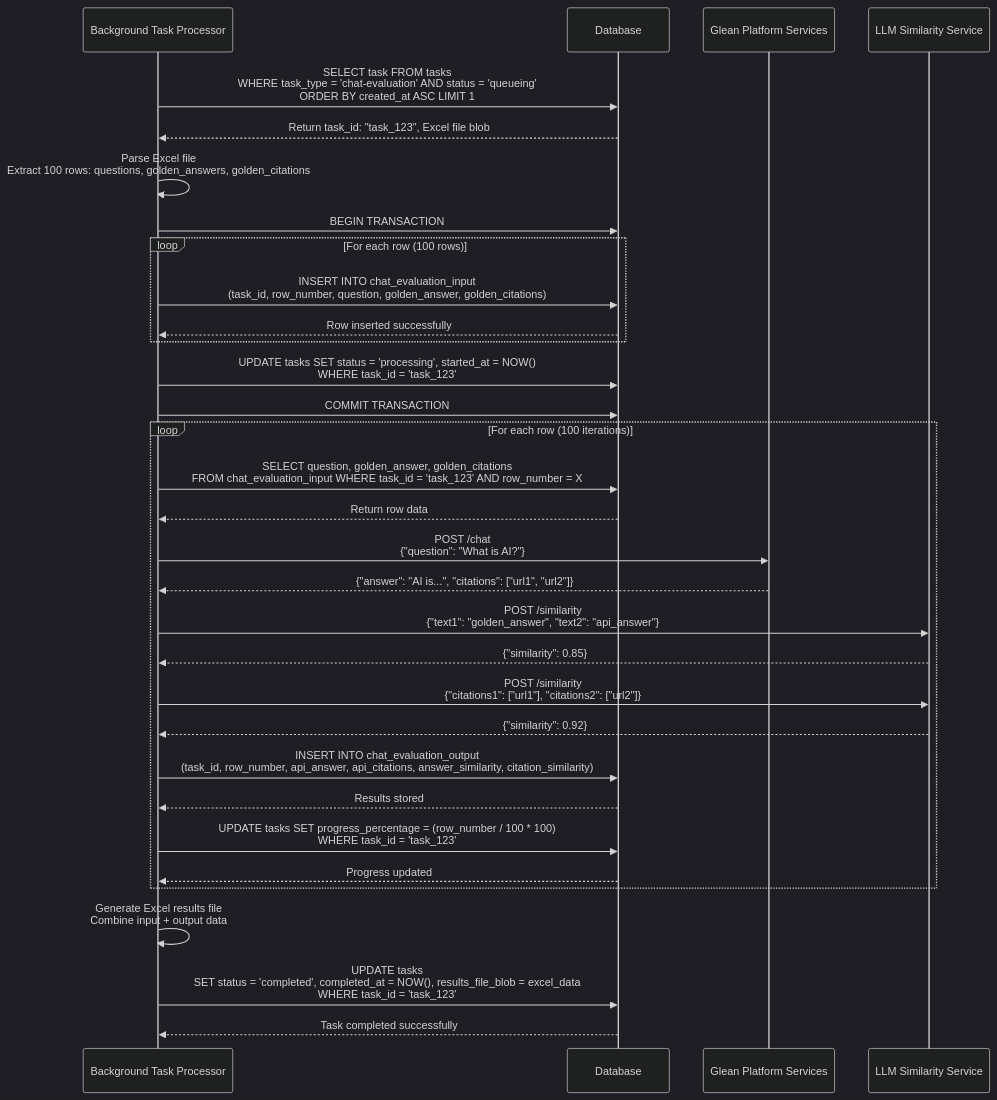
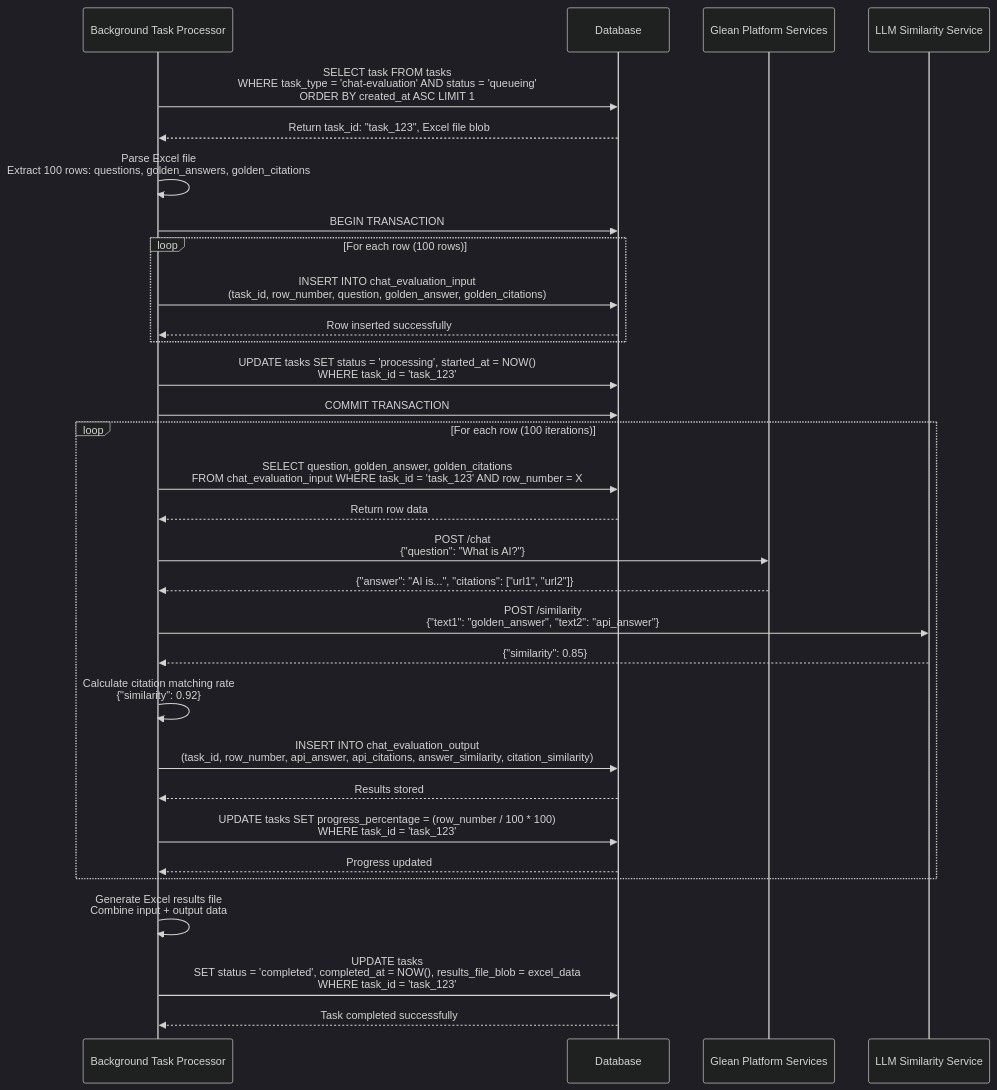
One commit to andrewhzy/cursor-learn changed the first of 2 diagrams in docs/sequence-diagram-chat-evaluation.md. Above: the diagram before and after it, drawn with Mermaid (dark theme).

Commit message:
Update sequence diagram for chat evaluation process
- Modified the sequence diagram in `docs/sequence-diagram-chat-evaluation.md` to reflect changes in the citation matching rate calculation.
- Replaced the direct API call for citation similarity with an internal calculation step for clarity in the flow.
- Ensured the diagram accurately represents the interactions between the background service and the database during the chat evaluation process.

````diff
--- a/docs/sequence-diagram-chat-evaluation.md
+++ b/docs/sequence-diagram-chat-evaluation.md
@@ -6,46 +6,46 @@
 ```mermaid
 sequenceDiagram
     participant BG as Background Task Processor
     participant DB as Database
     participant Glean as Glean Platform Services
     participant LLM as LLM Similarity Service
     
     BG->>DB: SELECT task FROM tasks<br/>WHERE task_type = 'chat-evaluation' AND status = 'queueing'<br/>ORDER BY created_at ASC LIMIT 1
     DB-->>BG: Return task_id: "task_123", Excel file blob
     
     BG->>BG: Parse Excel file<br/>Extract 100 rows: questions, golden_answers, golden_citations
     
     BG->>DB: BEGIN TRANSACTION
     
     loop For each row (100 rows)
         BG->>DB: INSERT INTO chat_evaluation_input<br/>(task_id, row_number, question, golden_answer, golden_citations)
         DB-->>BG: Row inserted successfully
     end
     
     BG->>DB: UPDATE tasks SET status = 'processing', started_at = NOW()<br/>WHERE task_id = 'task_123'
     BG->>DB: COMMIT TRANSACTION
     
     loop For each row (100 iterations)
         BG->>DB: SELECT question, golden_answer, golden_citations<br/>FROM chat_evaluation_input WHERE task_id = 'task_123' AND row_number = X
         DB-->>BG: Return row data
         
         BG->>Glean: POST /chat<br/>{"question": "What is AI?"}
         Glean-->>BG: {"answer": "AI is...", "citations": ["url1", "url2"]}
         
         BG->>LLM: POST /similarity<br/>{"text1": "golden_answer", "text2": "api_answer"}
         LLM-->>BG: {"similarity": 0.85}
         
-        BG->>LLM: POST /similarity<br/>{"citations1": ["url1"], "citations2": ["url2"]}
-        LLM-->>BG: {"similarity": 0.92}
+        BG->>BG: Calculate citation matching rate<br/>{"similarity": 0.92}
+
         
         BG->>DB: INSERT INTO chat_evaluation_output<br/>(task_id, row_number, api_answer, api_citations, answer_similarity, citation_similarity)
         DB-->>BG: Results stored
         
         BG->>DB: UPDATE tasks SET progress_percentage = (row_number / 100 * 100)<br/>WHERE task_id = 'task_123'
         DB-->>BG: Progress updated
     end
     
     BG->>BG: Generate Excel results file<br/>Combine input + output data
     BG->>DB: UPDATE tasks<br/>SET status = 'completed', completed_at = NOW(), results_file_blob = excel_data<br/>WHERE task_id = 'task_123'
     DB-->>BG: Task completed successfully
 ```
````
